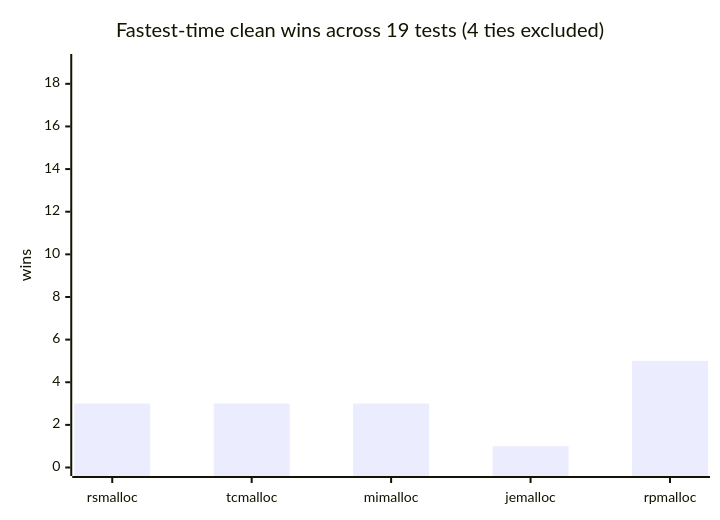
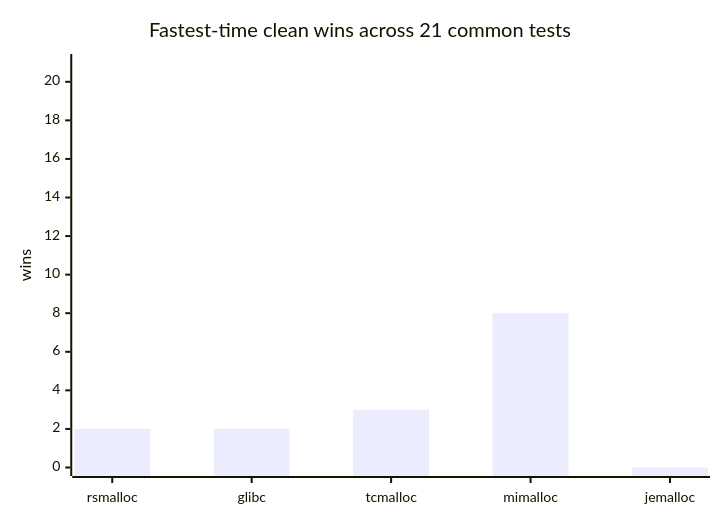
One commit to Metehan120/rsmalloc changed the first of 8 diagrams in benchmarks/benchmarks.md. Above: the diagram before and after it, drawn with Mermaid. The commit also changed other lines of this file and 171 other files, not shown here.

````diff
--- a/benchmarks/benchmarks.md
+++ b/benchmarks/benchmarks.md
@@ -98,7 +79,7 @@
 ```mermaid
 xychart-beta
-    title "Fastest-time clean wins across 19 tests (4 ties excluded)"
-    x-axis [rsmalloc, tcmalloc, mimalloc, jemalloc, rpmalloc]
-    y-axis "wins" 0 --> 19
-    bar [3, 3, 3, 1, 5]
+    title "Fastest-time clean wins across 21 common tests"
+    x-axis [rsmalloc, glibc, tcmalloc, mimalloc, jemalloc]
+    y-axis "wins" 0 --> 21
+    bar [2, 2, 3, 8, 0]
 ```
````
